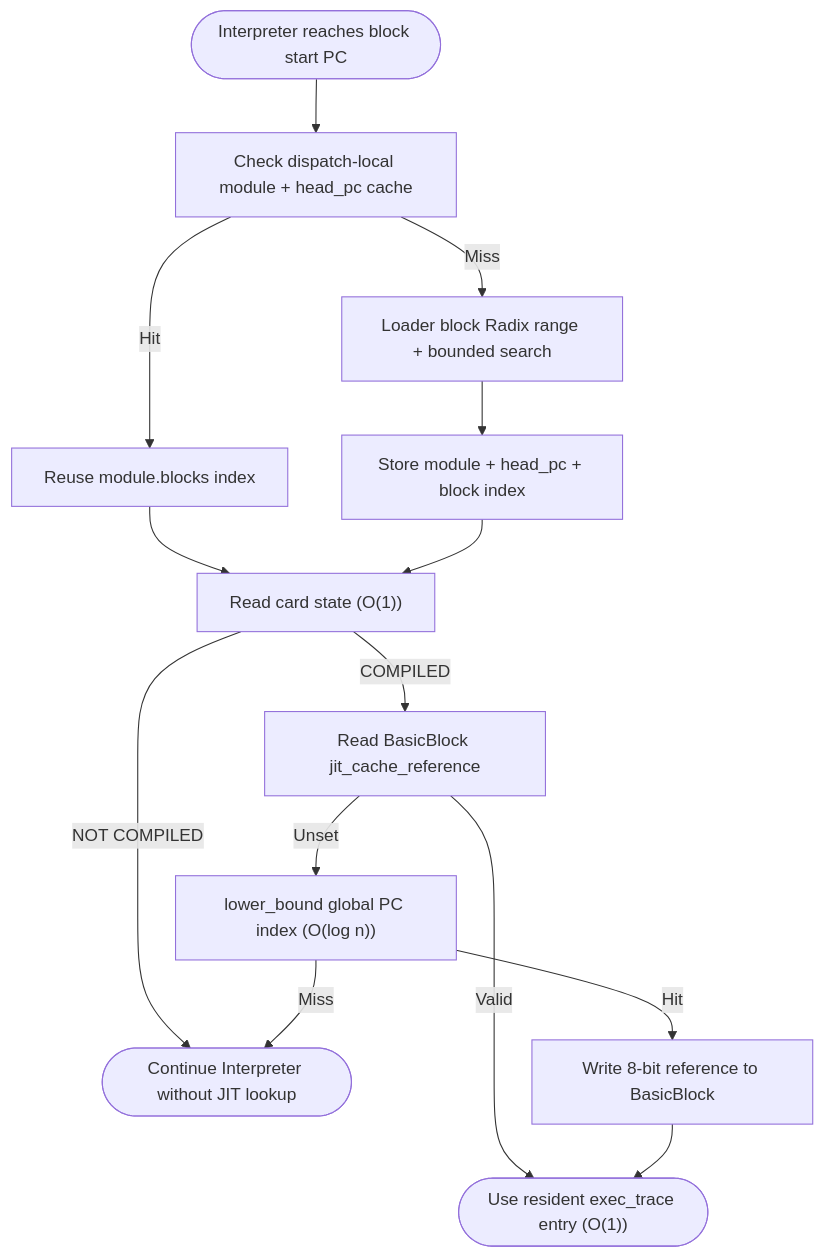
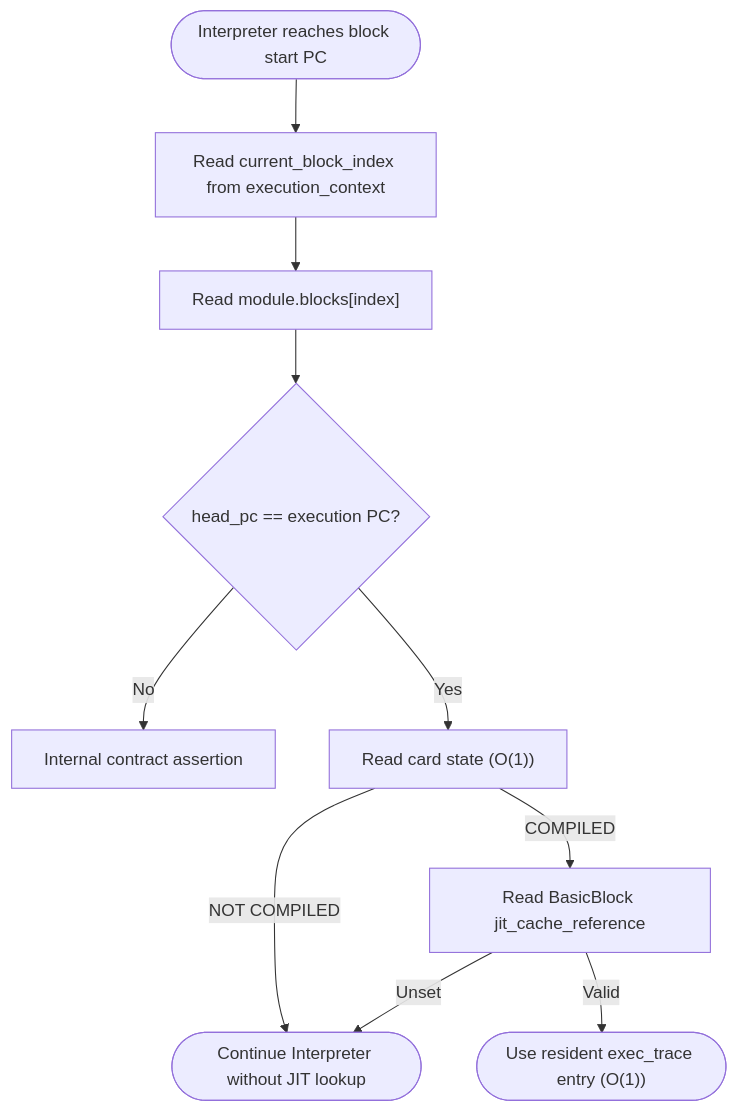
The third of 6 diagrams in docs/components/tier3_plugins/jit_runtime.md (kmt-t/fireball), drawn with Mermaid before and after one commit. The commit also changed other lines of this file and 633 other files, not shown here.

````diff
--- a/docs/components/tier3_plugins/jit_runtime.md
+++ b/docs/components/tier3_plugins/jit_runtime.md
@@ -231,15 +231,12 @@
 ```mermaid
 flowchart TD
-    Start(["Interpreter reaches block start PC"]) --> SearchCache["Check dispatch-local module + head_pc cache"]
-    SearchCache -->|"Hit"| FindCached["Reuse module.blocks index"]
-    SearchCache -->|"Miss"| FindBlock["Loader block Radix range + bounded search"]
-    FindBlock --> StoreBlock["Store module + head_pc + block index"]
-    FindCached --> Card["Read card state (O(1))"]
-    StoreBlock --> Card
+    Start(["Interpreter reaches block start PC"]) --> Context["Read current_block_index from execution_context"]
+    Context --> Metadata["Read module.blocks[index]"]
+    Metadata --> Validate{"head_pc == execution PC?"}
+    Validate -->|"No"| Assert["Internal contract assertion"]
+    Validate -->|"Yes"| Card["Read card state (O(1))"]
     Card -->|"NOT COMPILED"| ExitInterp(["Continue Interpreter without JIT lookup"])
     Card -->|"COMPILED"| ReadRef["Read BasicBlock jit_cache_reference"]
     ReadRef -->|"Valid"| ReturnTrace(["Use resident exec_trace entry (O(1))"])
-    ReadRef -->|"Unset"| SearchIndex["lower_bound global PC index (O(log n))"]
-    SearchIndex -->|"Hit"| StoreRef["Write 8-bit reference to BasicBlock"] --> ReturnTrace
-    SearchIndex -->|"Miss"| ExitInterp
+    ReadRef -->|"Unset"| ExitInterp
 ```
````
